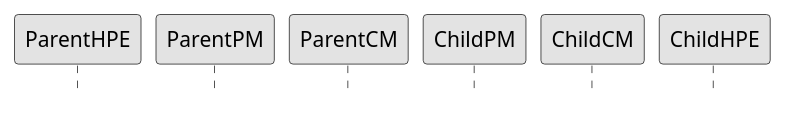
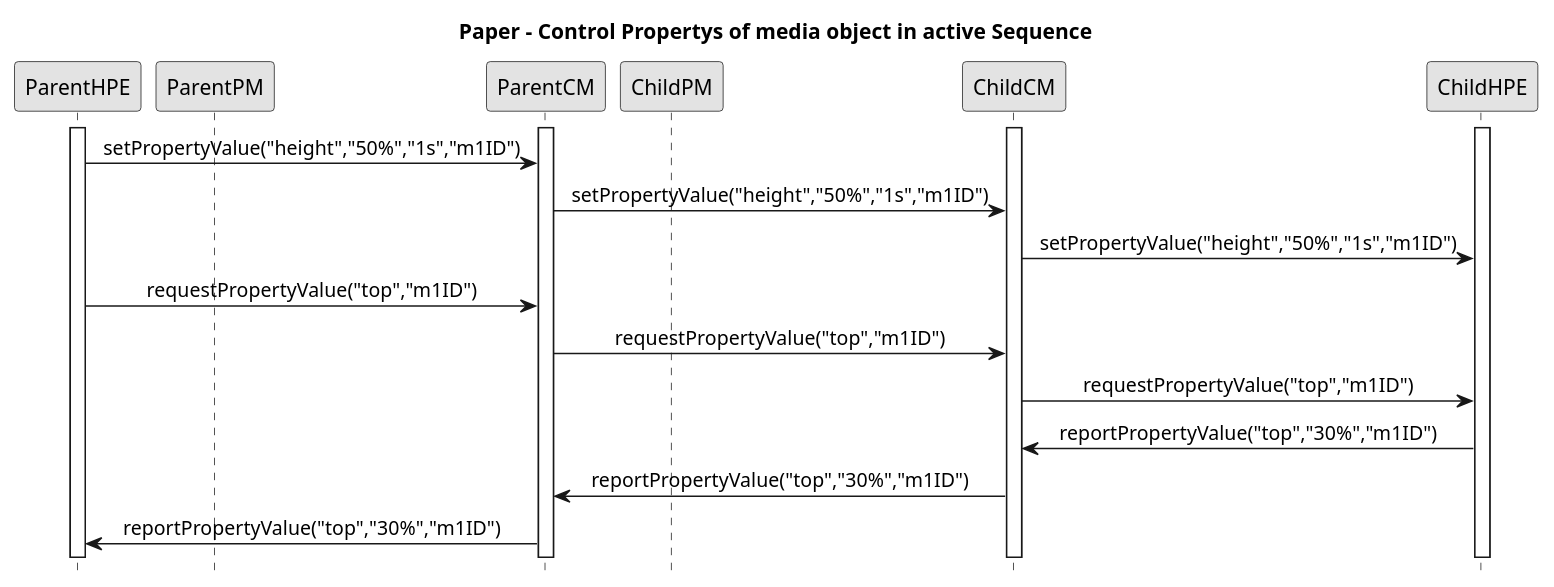
Before and after one commit to alanlivio/fsmda: the diagram in sequence4.plantuml, drawn with PlantUML. The commit also changed 1 other file, not shown here.

Commit message:
docs: Add sequence4proposal.

```diff
--- a/sequence4.plantuml
+++ b/sequence4.plantuml
@@ -2,26 +2,30 @@
 @startuml
 hide footbox
 skinparam monochrome true
 skinparam sequenceMessageAlign center
 
 participant ParentHPE
 participant ParentPM
 participant ParentCM
 participant ChildPM
 participant ChildCM
 participant ChildHPE
 
 '====================Paper - Control Propertys of media object in active Sequence====================
-'title Paper - Control Propertys of media object in active Sequence
-'HPE->PCM: setPropertyValue(("height","50%", 0,"m1")
-'HPE->PCM: requestPropertyValue("top","m1")
-'PCM->HPE: reportPropertyValue("top","30%","m1")
-
-'====================Propose - Control Propertys of media object in active Sequence====================
-'title Propose - Control Propertys of media object in active Sequence
-'HPE/PCM->PCM/CCM: setPropertyValue(("m1" ,"height","50%", 0)
-'HPE/PCM->PCM/CCM: requestPropertyValue("top","m1")
-'PCM/CCM->HPE/PCM: notifyPropertyValue("top","30%","m1")
+title Paper - Control Propertys of media object in active Sequence
+activate ParentHPE
+activate ParentCM
+activate ChildCM
+activate ChildHPE
+ParentHPE->ParentCM: setPropertyValue("height","50%","1s","m1ID")
+ParentCM->ChildCM: setPropertyValue("height","50%","1s","m1ID")
+ChildCM->ChildHPE: setPropertyValue("height","50%","1s","m1ID")
+ParentHPE->ParentCM: requestPropertyValue("top","m1ID")
+ParentCM->ChildCM: requestPropertyValue("top","m1ID")
+ChildCM->ChildHPE: requestPropertyValue("top","m1ID")
+ChildHPE->ChildCM: reportPropertyValue("top","30%","m1ID")
+ChildCM->ParentCM: reportPropertyValue("top","30%","m1ID")
+ParentCM->ParentHPE: reportPropertyValue("top","30%","m1ID")
 
 '====================Ending PLANTUML params====================
 @enduml
```
